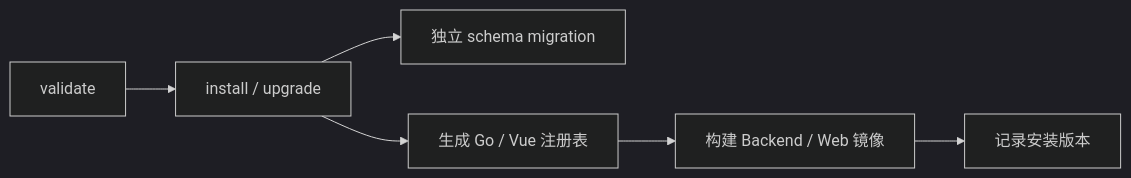
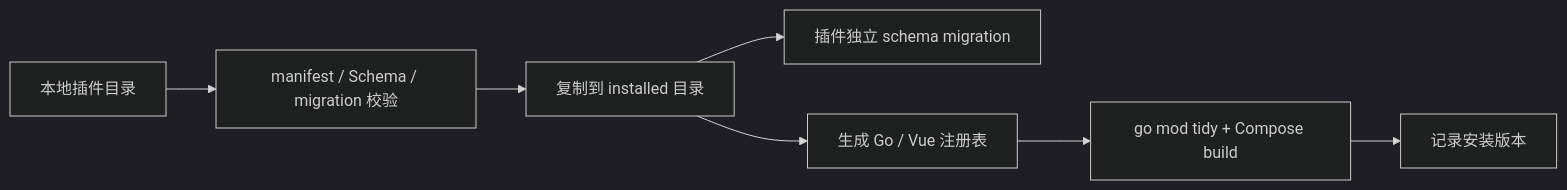
Before and after one commit to CoderLTS/coinsphere-go: the fifth of 6 diagrams in docs/architecture/overview.md, drawn with Mermaid (dark theme). The commit also changed other lines of this file and 18 other files, not shown here.

````diff
--- a/docs/architecture/overview.md
+++ b/docs/architecture/overview.md
@@ -65,8 +159,9 @@
 ```mermaid
 flowchart LR
-    VALIDATE["validate"] --> INSTALL["install / upgrade"]
-    INSTALL --> MIGRATION["独立 schema migration"]
-    INSTALL --> REGISTRY["生成 Go / Vue 注册表"]
-    REGISTRY --> REBUILD["构建 Backend / Web 镜像"]
-    REBUILD --> RECORD["记录安装版本"]
+    SOURCE["本地插件目录"] --> VALIDATE["manifest / Schema / migration 校验"]
+    VALIDATE --> COPY["复制到 installed 目录"]
+    COPY --> MIGRATION["插件独立 schema migration"]
+    COPY --> REGISTRY["生成 Go / Vue 注册表"]
+    REGISTRY --> BUILD["go mod tidy + Compose build"]
+    BUILD --> RECORD["记录安装版本"]
 ```
````
